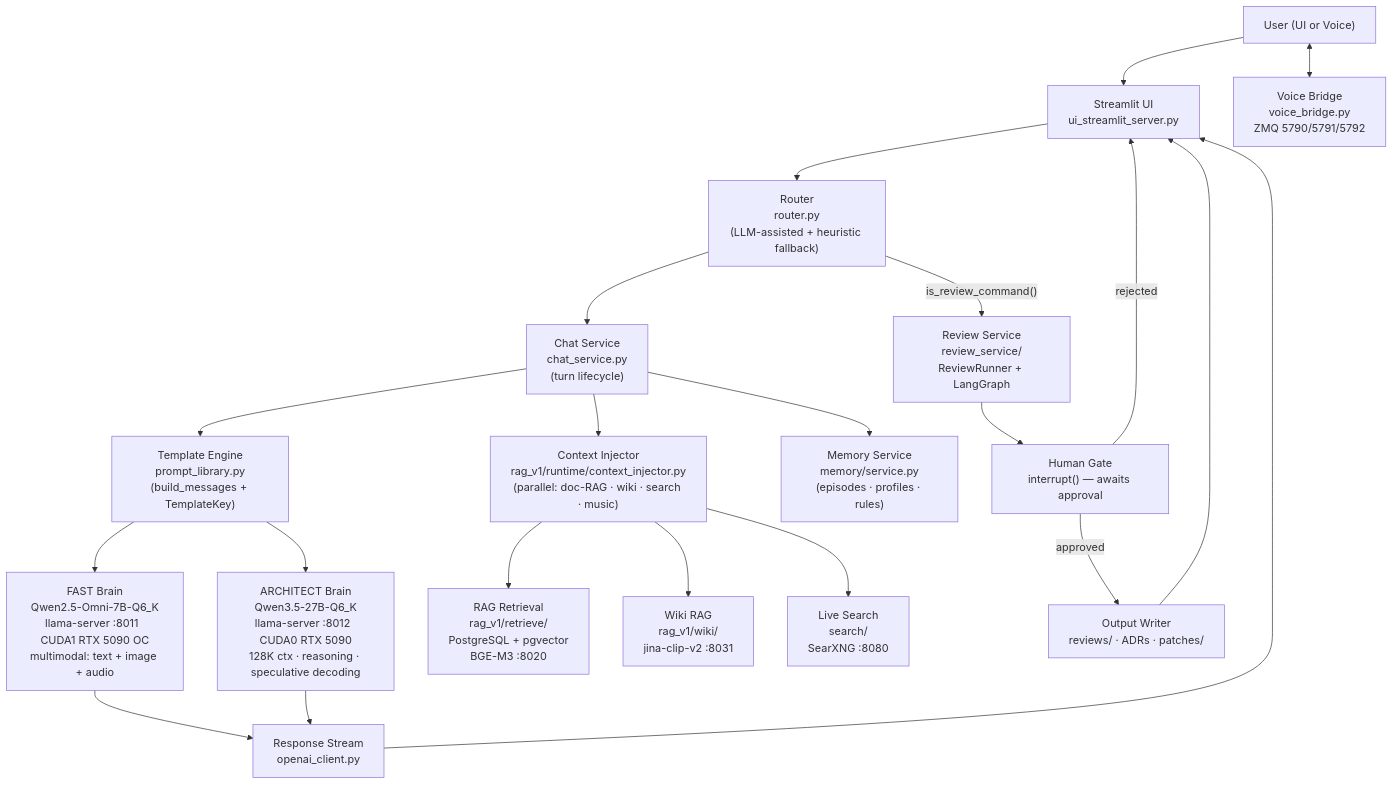
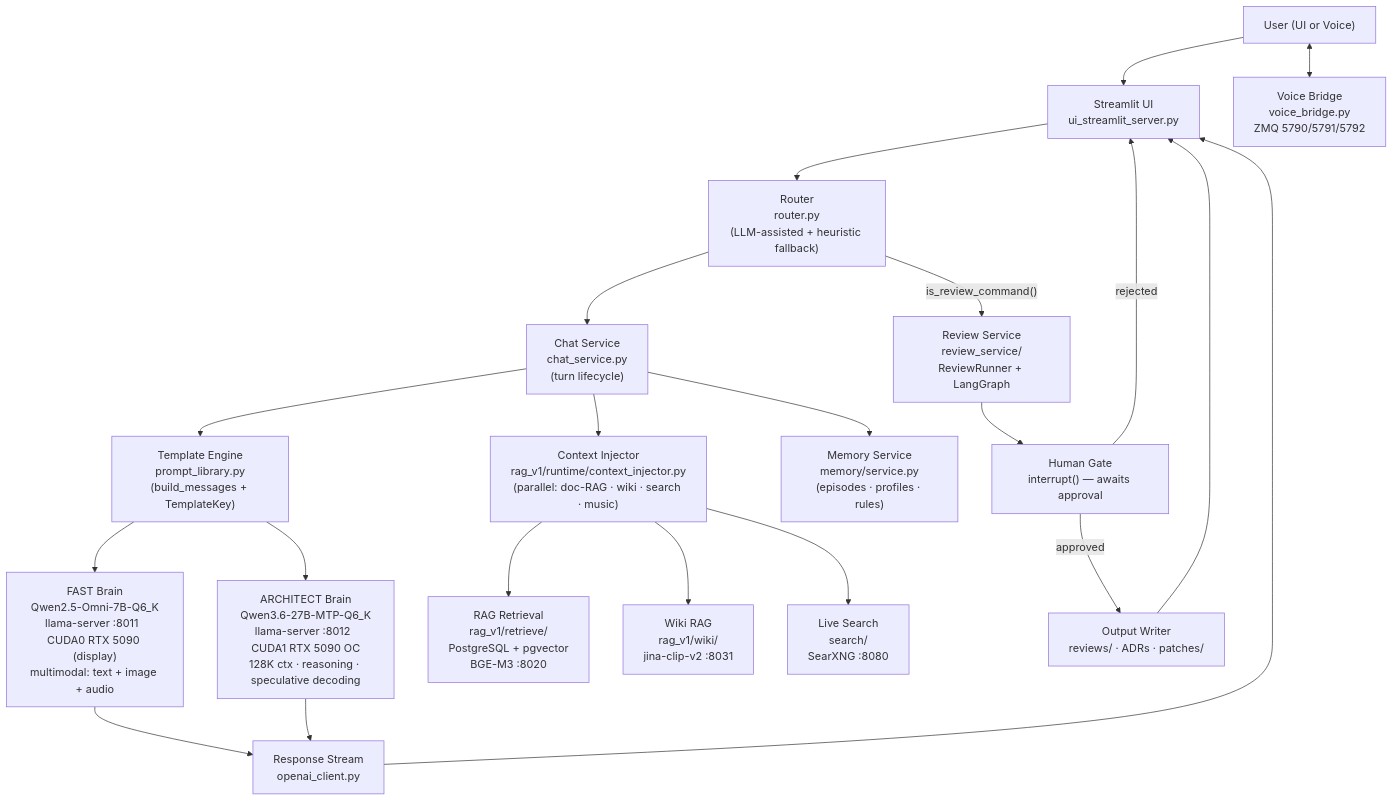
One commit to Que8549/sage_kaizen_ai changed the diagram in docs/01-ARCHITECTURE.md. Above: the diagram before and after it, drawn with Mermaid. The commit also changed other lines of this file and 8 other files, not shown here.

````diff
--- a/docs/01-ARCHITECTURE.md
+++ b/docs/01-ARCHITECTURE.md
@@ -40,43 +40,43 @@
 ```mermaid
 flowchart TD
     A["User (UI or Voice)"]
     B["Streamlit UI\nui_streamlit_server.py"]
     C["Router\nrouter.py\n(LLM-assisted + heuristic fallback)"]
     D["Chat Service\nchat_service.py\n(turn lifecycle)"]
     E["Template Engine\nprompt_library.py\n(build_messages + TemplateKey)"]
-    F["FAST Brain\nQwen2.5-Omni-7B-Q6_K\nllama-server :8011  CUDA1 RTX 5090 OC\nmultimodal: text + image + audio"]
-    G["ARCHITECT Brain\nQwen3.5-27B-Q6_K\nllama-server :8012  CUDA0 RTX 5090\n128K ctx · reasoning · speculative decoding"]
+    F["FAST Brain\nQwen2.5-Omni-7B-Q6_K\nllama-server :8011  CUDA0 RTX 5090 (display)\nmultimodal: text + image + audio"]
+    G["ARCHITECT Brain\nQwen3.6-27B-MTP-Q6_K\nllama-server :8012  CUDA1 RTX 5090 OC\n128K ctx · reasoning · speculative decoding"]
     H["Context Injector\nrag_v1/runtime/context_injector.py\n(parallel: doc-RAG · wiki · search · music)"]
     I["Memory Service\nmemory/service.py\n(episodes · profiles · rules)"]
     J["RAG Retrieval\nrag_v1/retrieve/\nPostgreSQL + pgvector\nBGE-M3 :8020"]
     K["Wiki RAG\nrag_v1/wiki/\njina-clip-v2 :8031"]
     L["Live Search\nsearch/\nSearXNG :8080"]
     M["Response Stream\nopenai_client.py"]
     N["Review Service\nreview_service/\nReviewRunner + LangGraph"]
     O["Human Gate\ninterrupt() — awaits approval"]
     P["Output Writer\nreviews/ · ADRs · patches/"]
     Q["Voice Bridge\nvoice_bridge.py\nZMQ 5790/5791/5792"]
 
     A --> B
     B --> C
     C --> D
     D --> E
     D --> I
     E --> F
     E --> G
     D --> H
     H --> J
     H --> K
     H --> L
     F --> M
     G --> M
     M --> B
 
     C -->|"is_review_command()"| N
     N --> O
     O -->|"approved"| P
     O -->|"rejected"| B
     P --> B
 
     A <--> Q
 ```
````
